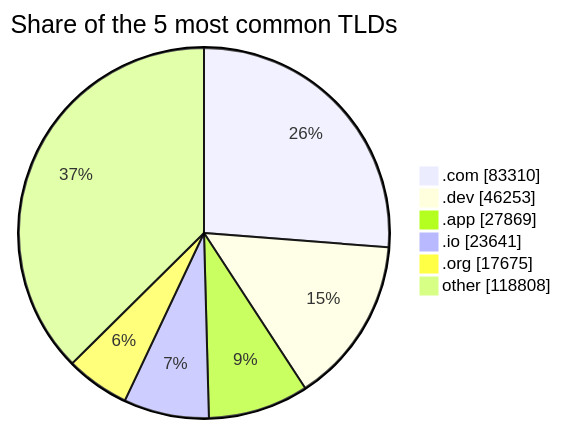
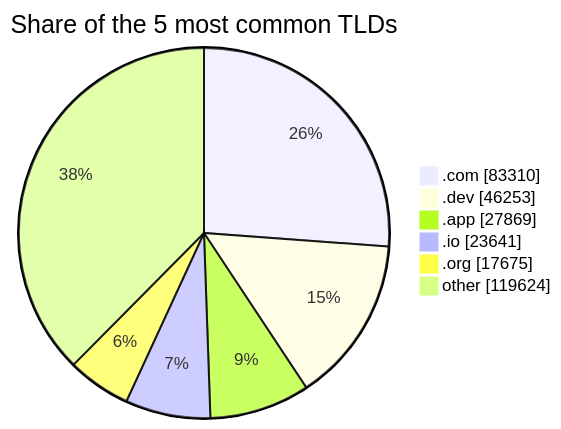
Before and after one commit to DNSBunker/CTI: the third of 3 diagrams in README.md, drawn with Mermaid. The commit also changed other lines of this file and 3 other files, not shown here.

````diff
--- a/README.md
+++ b/README.md
@@ -81,9 +81,9 @@
 ```mermaid
 pie showData title Share of the 5 most common TLDs
     ".com" : 83310
     ".dev" : 46253
     ".app" : 27869
     ".io" : 23641
     ".org" : 17675
-    "other" : 118808
+    "other" : 119624
 ```
````
